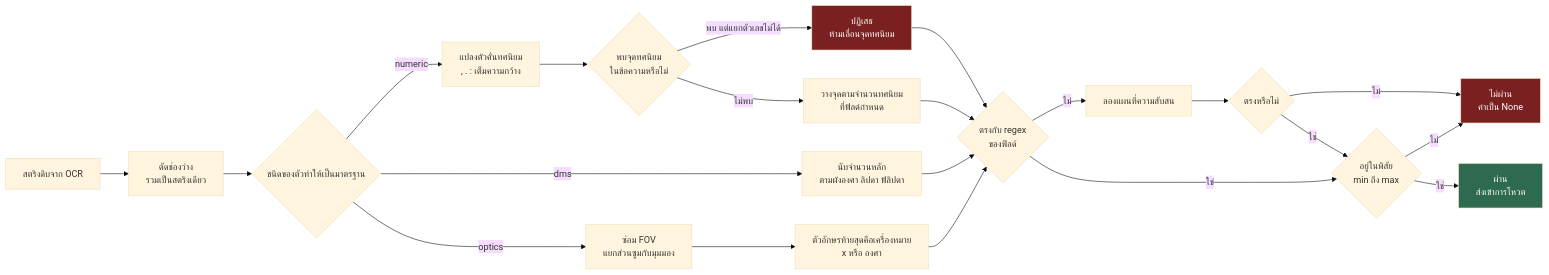
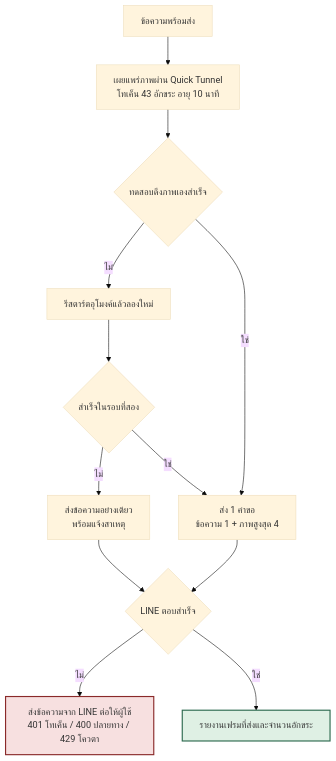
Before and after one commit to marburg4542/telemetry-vision: the seventh of 7 diagrams in docs/telemetry-ocr-technical-report.md, drawn with Mermaid (base theme). The commit also changed other lines of this file and 1 other file, not shown here.

First line of the commit message:
Split the flowcharts so their labels survive a printed page

````diff
--- a/docs/telemetry-ocr-technical-report.md
+++ b/docs/telemetry-ocr-technical-report.md
@@ -683,31 +709,17 @@
 ```mermaid
-flowchart LR
-    A["สตริงดิบจาก OCR"] --> B["ตัดช่องว่าง<br/>รวมเป็นสตริงเดียว"]
-    B --> C{"ชนิดของตัวทำให้เป็นมาตรฐาน"}
+flowchart TD
+    A["ข้อความพร้อมส่ง"] --> B["เผยแพร่ภาพผ่าน Quick Tunnel<br/>โทเค็น 43 อักขระ อายุ 10 นาที"]
+    B --> C{"ทดสอบดึงภาพเองสำเร็จ"}
+    C -- "ไม่" --> D["รีสตาร์ตอุโมงค์แล้วลองใหม่"]
+    D --> E{"สำเร็จในรอบที่สอง"}
+    E -- "ไม่" --> F["ส่งข้อความอย่างเดียว<br/>พร้อมแจ้งสาเหตุ"]
+    E -- "ใช่" --> G
+    C -- "ใช่" --> G["ส่ง 1 คำขอ<br/>ข้อความ 1 + ภาพสูงสุด 4"]
+    F --> H
+    G --> H{"LINE ตอบสำเร็จ"}
+    H -- "ไม่" --> I["ส่งข้อความจาก LINE ต่อให้ผู้ใช้<br/>401 โทเค็น / 400 ปลายทาง / 429 โควตา"]
+    H -- "ใช่" --> J["รายงานเฟรมที่ส่งและจำนวนอักขระ"]
 
-    C -- "numeric" --> D["แปลงตัวคั่นทศนิยม<br/>, . : เต็มความกว้าง"]
-    D --> D1{"พบจุดทศนิยม<br/>ในข้อความหรือไม่"}
-    D1 -- "พบ แต่แยกตัวเลขไม่ได้" --> D2["ปฏิเสธ<br/>ห้ามเลื่อนจุดทศนิยม"]
-    D1 -- "ไม่พบ" --> D3["วางจุดตามจำนวนทศนิยม<br/>ที่ฟิลด์กำหนด"]
-
-    C -- "dms" --> E["นับจำนวนหลัก<br/>ตามผังองศา ลิปดา ฟิลิปดา"]
-    C -- "optics" --> F["ซ่อม FOV<br/>แยกส่วนซูมกับมุมมอง"]
-    F --> F1["ตัวอักษรท้ายสุดคือเครื่องหมาย<br/>x หรือ องศา"]
-
-    D2 --> G
-    D3 --> G
-    E --> G
-    F1 --> G{"ตรงกับ regex<br/>ของฟิลด์"}
-
-    G -- "ไม่" --> H["ลองแผนที่ความสับสน"]
-    H --> I{"ตรงหรือไม่"}
-    I -- "ไม่" --> J["ไม่ผ่าน<br/>ค่าเป็น None"]
-    I -- "ใช่" --> K
-    G -- "ใช่" --> K{"อยู่ในพิสัย<br/>min ถึง max"}
-    K -- "ไม่" --> J
-    K -- "ใช่" --> L["ผ่าน<br/>ส่งเข้าการโหวต"]
-
-    style D2 fill:#7a2020,color:#ffffff
-    style J fill:#7a2020,color:#ffffff
-    style L fill:#2d6a4f,color:#ffffff
+    style I fill:#f7e0e0,stroke:#8a2a2a,stroke-width:2px
+    style J fill:#dff0e4,stroke:#2d6a4f,stroke-width:2px
 ```
````
